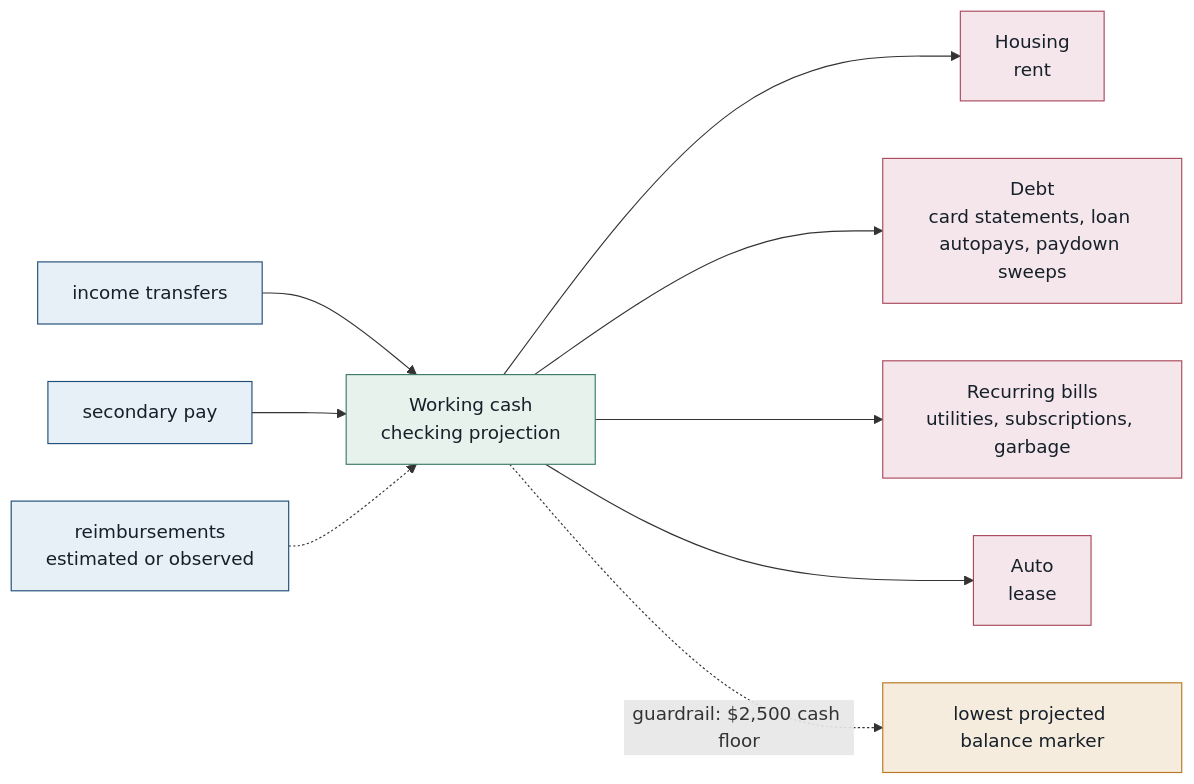
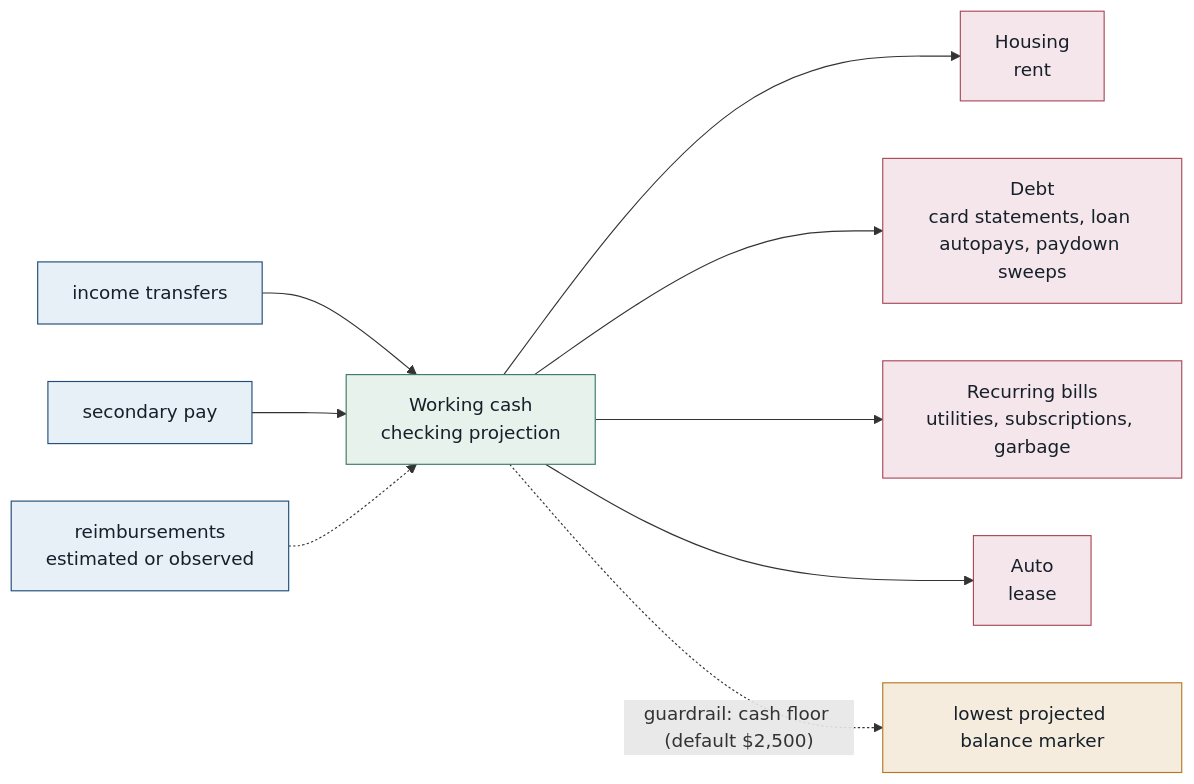
One commit to albeorla/personal-finance-agent changed diagram 11 of 11 in docs/diagrams.md. Above: the diagram before and after it, drawn with Mermaid. The commit also changed 8 other files, not shown here.

First line of the commit message:
Cash floor is a household setting: CASH_FLOOR in the finances .env

````diff
--- a/docs/diagrams.md
+++ b/docs/diagrams.md
@@ -620,22 +620,22 @@
 ```mermaid
 flowchart LR
     Income["income transfers"] --> Cash["Working cash<br/>checking projection"]
     Secondary["secondary pay"] --> Cash
     Reimbursements["reimbursements<br/>estimated or observed"] -.-> Cash
 
     Cash --> Housing["Housing<br/>rent"]
     Cash --> Debt["Debt<br/>card statements, loan autopays, paydown sweeps"]
     Cash --> Bills["Recurring bills<br/>utilities, subscriptions, garbage"]
     Cash --> Auto["Auto<br/>lease"]
 
-    Cash -. "guardrail: $2,500 cash floor" .-> Floor["lowest projected balance marker"]
+    Cash -. "guardrail: cash floor (default $2,500)" .-> Floor["lowest projected balance marker"]
 
     classDef inflow fill:#e7eff7,stroke:#1f4e79,color:#17202a
     classDef cash fill:#e8f2ec,stroke:#3d7b65,color:#17202a
     classDef outflow fill:#f4e6ea,stroke:#aa4a5d,color:#17202a
     classDef guardrail fill:#f5ecdd,stroke:#b87922,color:#17202a
     class Income,Secondary,Reimbursements inflow
     class Cash cash
     class Housing,Debt,Bills,Auto outflow
     class Floor guardrail
 ```
````
